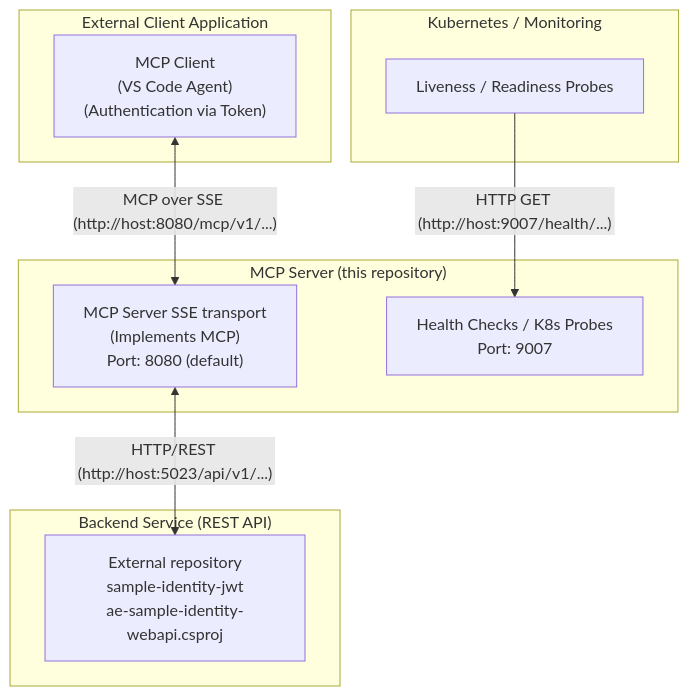
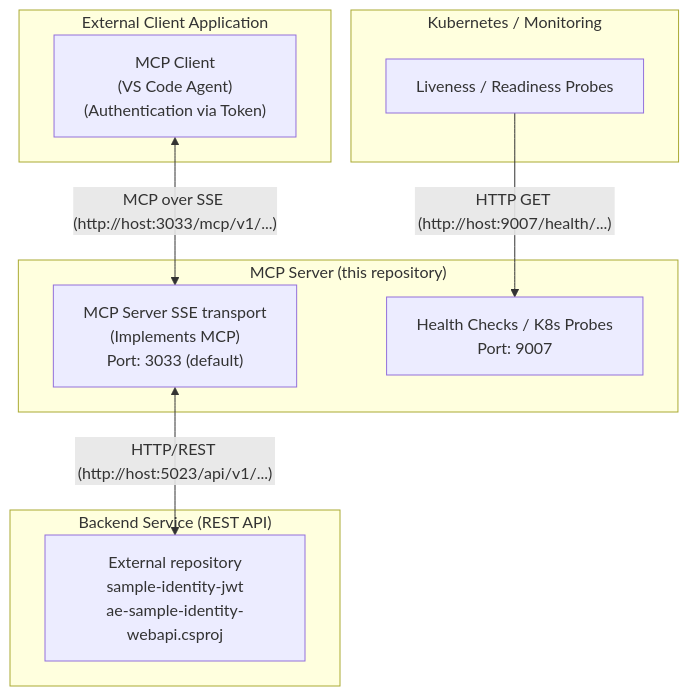
Before and after one commit to ISubkowskI/ae-poc-identity-mcpsrv: the diagram in README.md, drawn with Mermaid. The commit also changed other lines of this file, not shown here.

````diff
--- a/README.md
+++ b/README.md
@@ -16,23 +16,23 @@
 ```mermaid
 graph TD
     subgraph "External Client Application"
         lblMCPClient["MCP Client<br/>(VS Code Agent)<br/>(Authentication via Token)"]
     end
 
     subgraph "MCP Server (this repository)"
-        lblMCPServer["MCP Server SSE transport<br/>(Implements MCP)<br/>Port: 8080 (default)"]
+        lblMCPServer["MCP Server SSE transport<br/>(Implements MCP)<br/>Port: 3033 (default)"]
         lblHealth["Health Checks / K8s Probes<br/>Port: 9007"]
     end
 
     subgraph "Backend Service (REST API)"
         lblBackendService["External repository<br/>sample-identity-jwt<br/>ae-sample-identity-webapi.csproj"]
     end
     
     subgraph "Kubernetes / Monitoring"
         lblK8s["Liveness / Readiness Probes"]
     end
 
-    lblMCPClient -- "MCP over SSE (http://host:8080/mcp/v1/...)" <--> lblMCPServer
+    lblMCPClient -- "MCP over SSE (http://host:3033/mcp/v1/...)" <--> lblMCPServer
     lblMCPServer -- "HTTP/REST (http://host:5023/api/v1/...)" <--> lblBackendService
     lblK8s -- "HTTP GET (http://host:9007/health/...)" --> lblHealth
 ```
````
